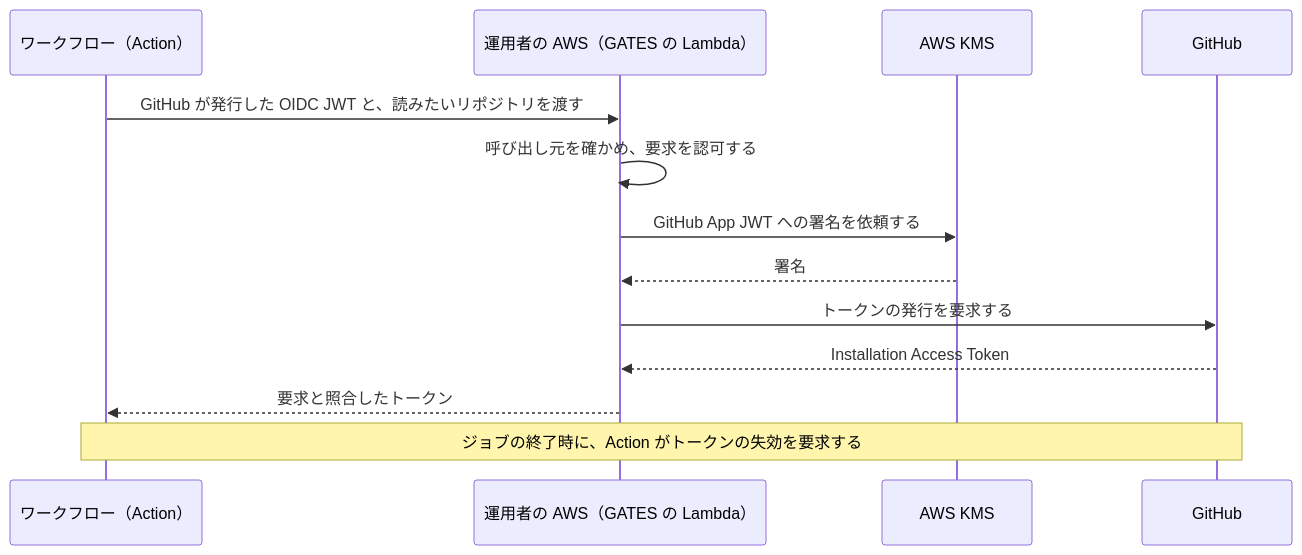
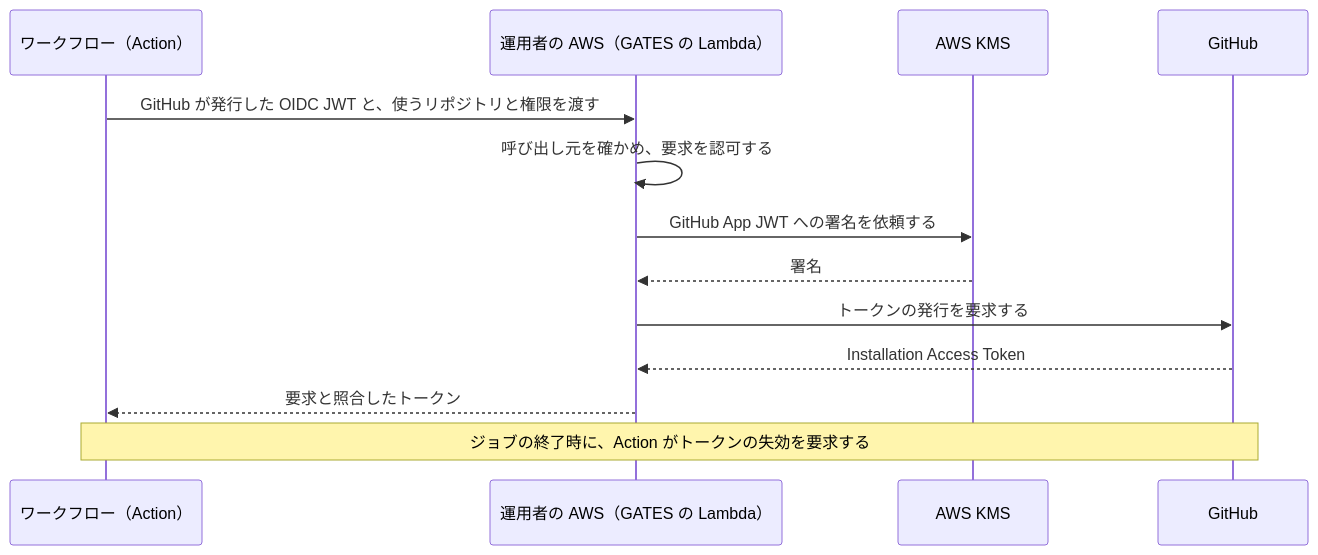
Before and after one commit to tmknom/gates: the diagram in docs/user-guide/overview.md, drawn with Mermaid. The commit also changed other lines of this file and 13 other files, not shown here.

````diff
--- a/docs/user-guide/overview.md
+++ b/docs/user-guide/overview.md
@@ -24,15 +24,15 @@
 ```mermaid
 sequenceDiagram
     participant W as ワークフロー（Action）
     participant A as 運用者の AWS（GATES の Lambda）
     participant K as AWS KMS
     participant G as GitHub
-    W->>A: GitHub が発行した OIDC JWT と、読みたいリポジトリを渡す
+    W->>A: GitHub が発行した OIDC JWT と、使うリポジトリと権限を渡す
     A->>A: 呼び出し元を確かめ、要求を認可する
     A->>K: GitHub App JWT への署名を依頼する
     K-->>A: 署名
     A->>G: トークンの発行を要求する
     G-->>A: Installation Access Token
     A-->>W: 要求と照合したトークン
     Note over W,G: ジョブの終了時に、Action がトークンの失効を要求する
 ```
````
